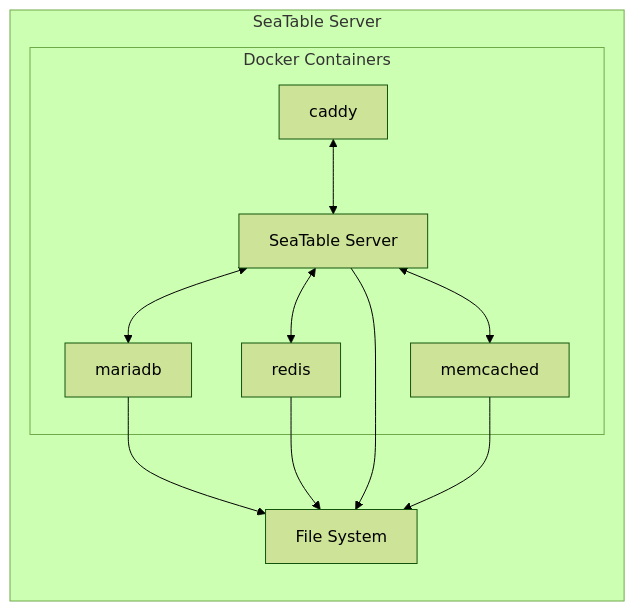
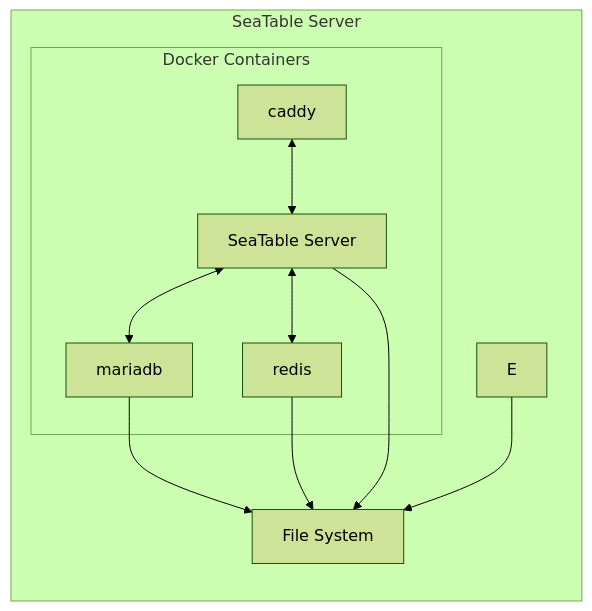
Before and after one commit to seatable/seatable-admin-docs: the first of 2 diagrams in docs/introduction/architecture.md, drawn with Mermaid (forest theme). The commit also changed other lines of this file and 4 other files, not shown here.

````diff
--- a/docs/introduction/architecture.md
+++ b/docs/introduction/architecture.md
@@ -9,21 +9,19 @@
 ```mermaid
 flowchart LR
     subgraph s[SeaTable Server]
         subgraph d[Docker Containers]
             A[caddy]
             B[SeaTable Server]
             C[mariadb]
             D[redis]
-            E[memcached]
             A<-->B
             B<-->C
             B<-->D
-            B<-->E
         end
         F[File System]
         C --> F
         D --> F
         B --> F
         E --> F
     end
 ```
````
